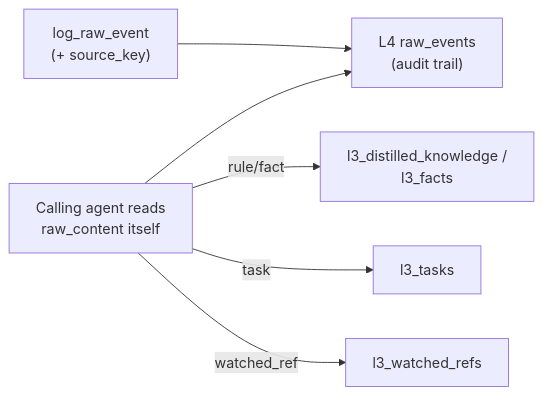
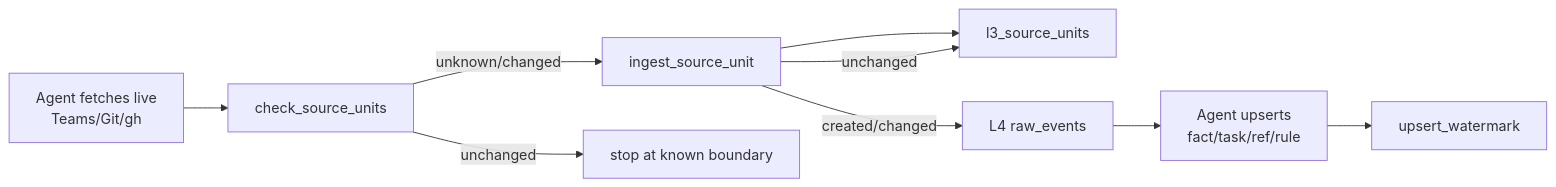
The fifth of 5 diagrams in README.md (NamTranQuoc/wn-project-memory), drawn with Mermaid before and after one commit. The commit also changed other lines of this file and 13 other files, not shown here.

Commit message:
Add a durable source-unit ledger so crawled content can be ingested incrementally without duplicating L4 events.

````diff
--- a/README.md
+++ b/README.md
@@ -114,8 +145,11 @@
 ```mermaid
 flowchart LR
-  Log["log_raw_event\n(+ source_key)"] --> L4["L4 raw_events\n(audit trail)"]
-  Agent["Calling agent reads\nraw_content itself"] --> L4
-  Agent -->|"rule/fact"| L3["l3_distilled_knowledge /\nl3_facts"]
-  Agent -->|"task"| Tasks["l3_tasks"]
-  Agent -->|"watched_ref"| Refs["l3_watched_refs"]
+  Live["Agent fetches live\nTeams/Git/gh"] --> Check["check_source_units"]
+  Check -->|"unknown/changed"| Ingest["ingest_source_unit"]
+  Check -->|unchanged| Stop["stop at known boundary"]
+  Ingest --> Ledger["l3_source_units"]
+  Ingest -->|"created/changed"| L4["L4 raw_events"]
+  Ingest -->|unchanged| Ledger
+  L4 --> AgentWrite["Agent upserts\nfact/task/ref/rule"]
+  AgentWrite --> WM["upsert_watermark"]
 ```
````
